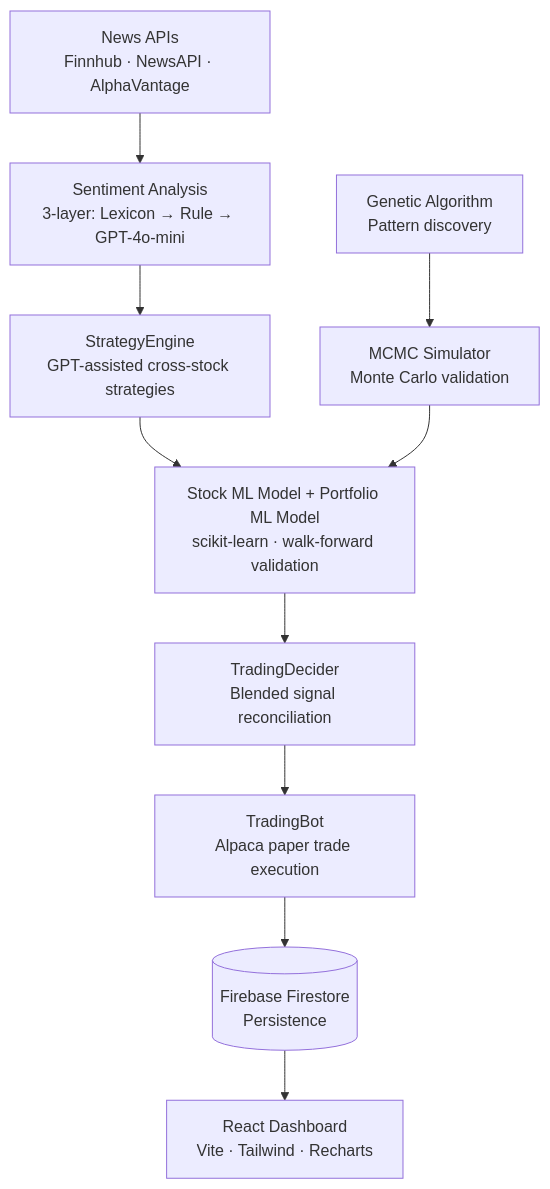
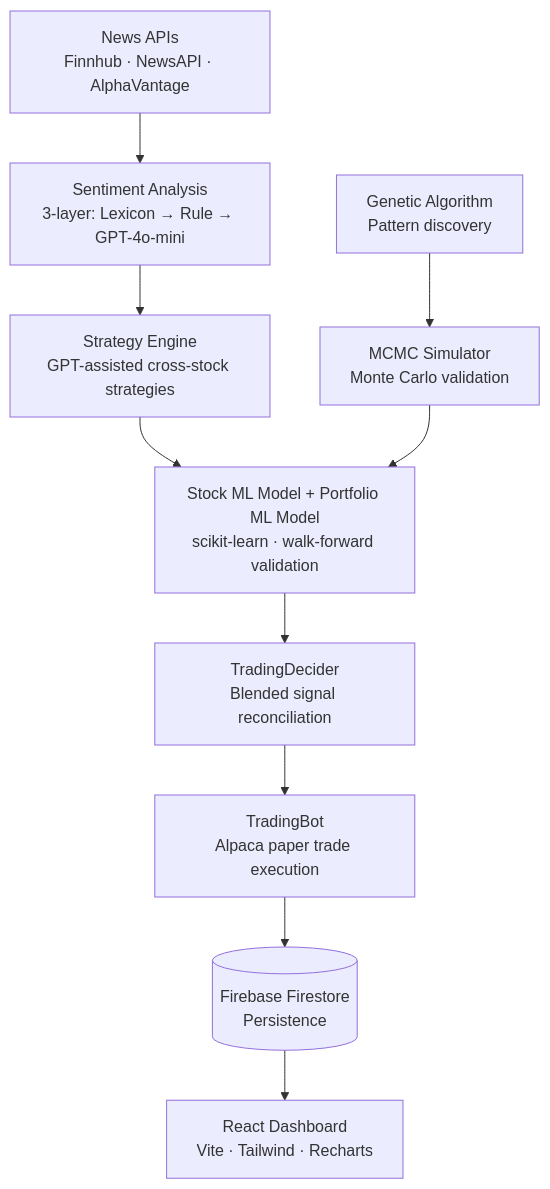
Before and after one commit to Haripratiik/Stock-Portfolio-Optimizer: the diagram in README.md, drawn with Mermaid.

````diff
--- a/README.md
+++ b/README.md
@@ -20,14 +20,14 @@
 ```mermaid
 flowchart TD
     A[News APIs\nFinnhub · NewsAPI · AlphaVantage] --> B[Sentiment Analysis\n3-layer: Lexicon → Rule → GPT-4o-mini]
-    B --> C[StrategyEngine\nGPT-assisted cross-stock strategies]
+    B --> C[Strategy Engine\nGPT-assisted cross-stock strategies]
     C --> D[Stock ML Model + Portfolio ML Model\nscikit-learn · walk-forward validation]
     D --> E[TradingDecider\nBlended signal reconciliation]
     E --> F[TradingBot\nAlpaca paper trade execution]
 
     G[Genetic Algorithm\nPattern discovery] --> H[MCMC Simulator\nMonte Carlo validation]
     H --> D
 
     F --> I[(Firebase Firestore\nPersistence)]
     I --> J[React Dashboard\nVite · Tailwind · Recharts]
 ```
````
